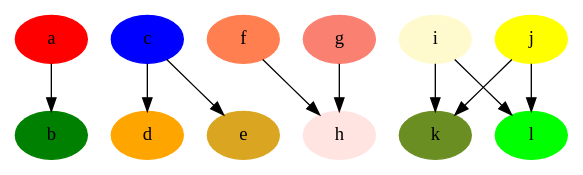
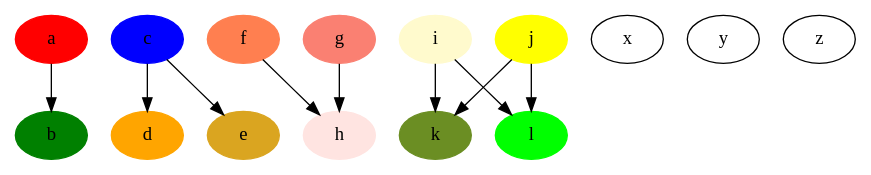
Before and after one commit to graphviz-perl/GraphViz2-Marpa-PathUtils: the diagram in data/path.set.01.in.gv, drawn with Graphviz. The commit also changed 6 other files, not shown here.

```diff
--- a/data/path.set.01.in.gv
+++ b/data/path.set.01.in.gv
@@ -1,34 +1,40 @@
 strict digraph path_set_01
 {
 	# Node to node.
 
 	a [color = red   style = filled]
 	b [color = green style = filled]
 
 	a -> b
 
 	# Node to subgraph.
 
 	c [color = blue      style = filled]
 	d [color = orange    style = filled]
 	e [color = goldenrod style = filled]
 
 	c -> { d e }
 
 	# Subgraph to node.
 
 	f [color = coral     style = filled]
 	g [color = salmon    style = filled]
 	h [color = mistyrose style = filled]
 
 	{ f g } -> h
 
 	# Subgraph to subgraph.
 
 	i [color = lemonchiffon style = filled]
 	j [color = yellow       style = filled]
 	k [color = olivedrab    style = filled]
 	l [color = lime         style = filled]
 
 	{ i j } -> { k l }
+
+	# Standalone clusters.
+
+	x
+	y
+	z
 }
```
